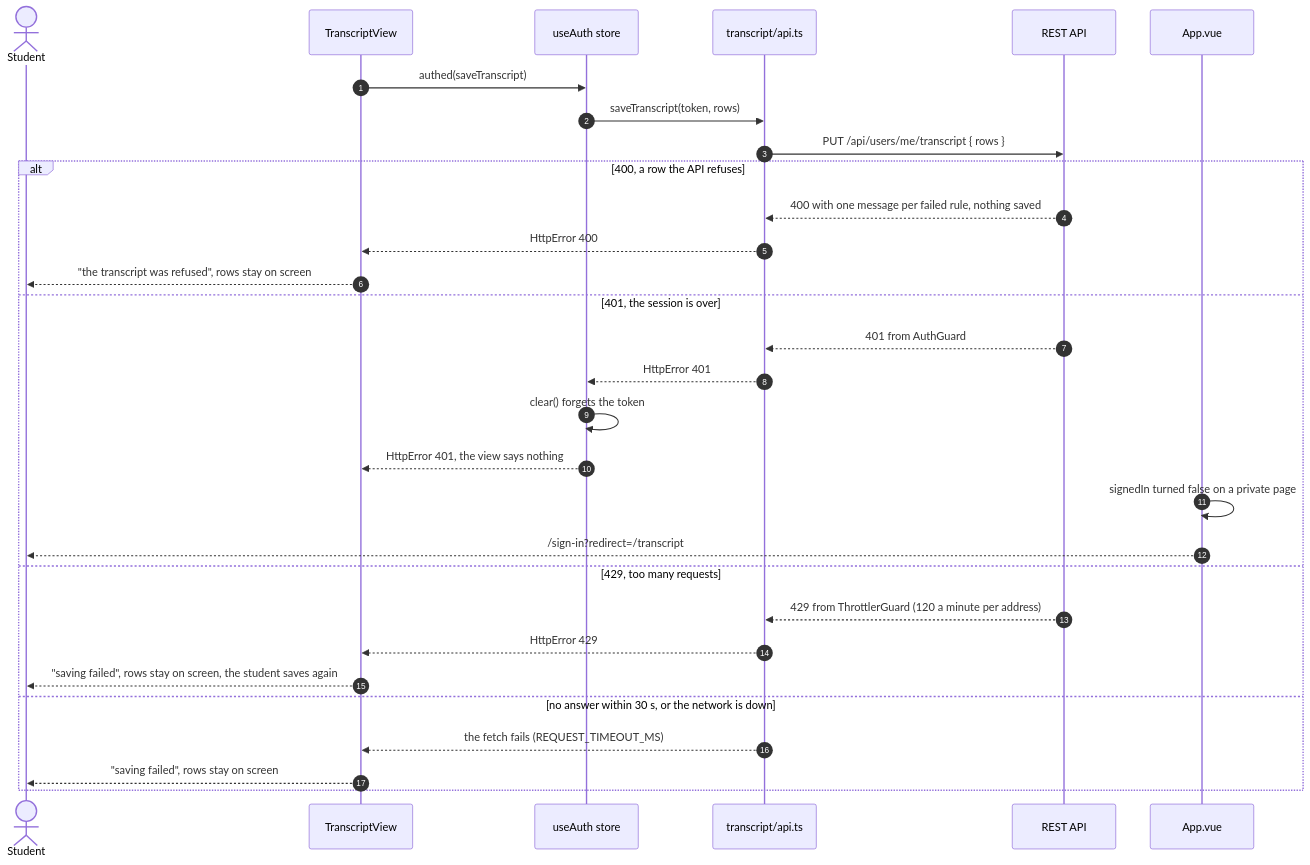
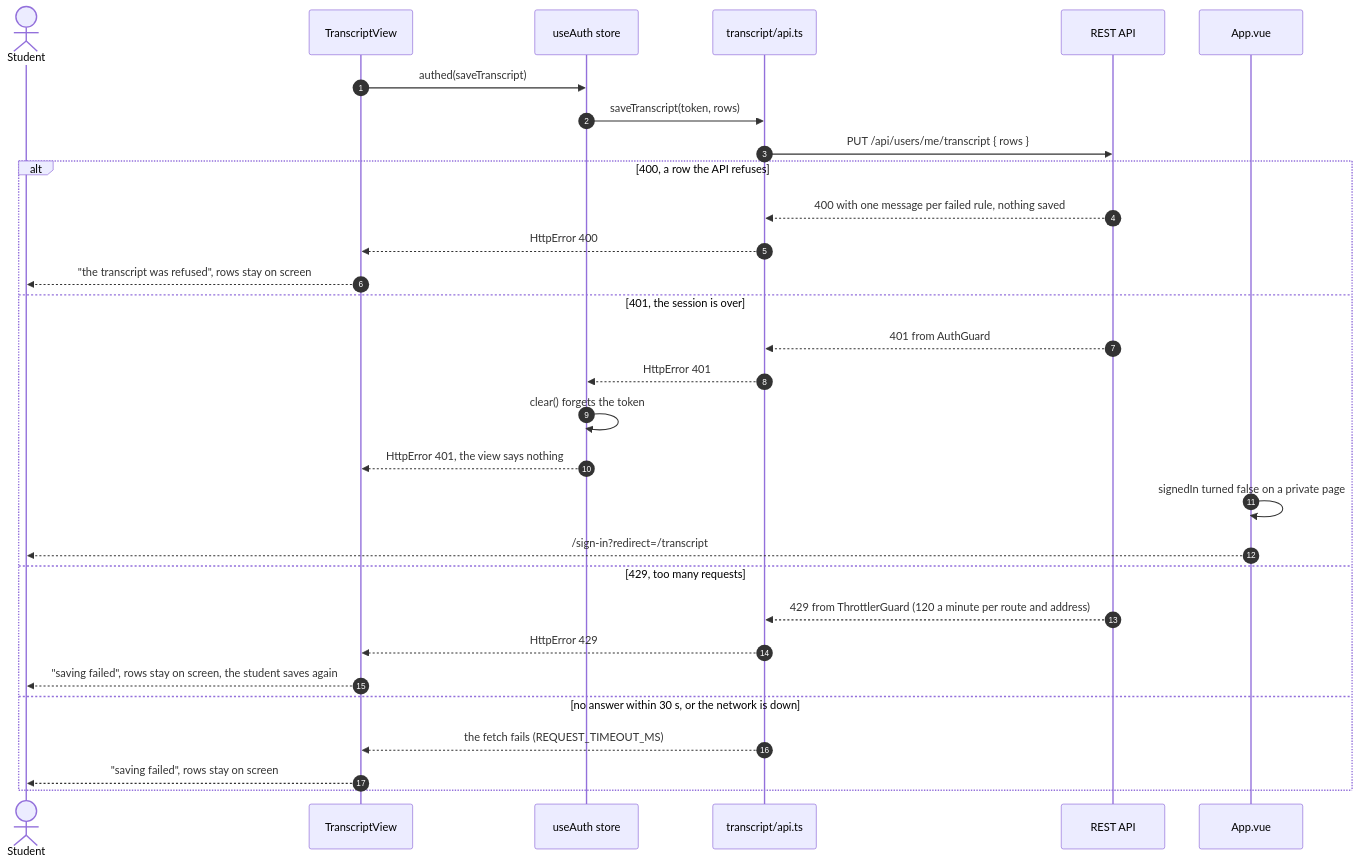
One commit to LLaammTTeerr/omnicourses changed the third of 3 diagrams in docs/analysis-and-design/sequence-diagrams/UC-02-import-transcript.md. Above: the diagram before and after it, drawn with Mermaid. The commit also changed 7 other files, not shown here.

Commit message:
docs(test): word the rate limit as per route and pin it for placements

````diff
--- a/docs/analysis-and-design/sequence-diagrams/UC-02-import-transcript.md
+++ b/docs/analysis-and-design/sequence-diagrams/UC-02-import-transcript.md
@@ -92,33 +92,33 @@
 ```mermaid
 sequenceDiagram
     autonumber
     actor Student
     participant View as TranscriptView
     participant Auth as useAuth store
     participant Api as transcript/api.ts
     participant API as REST API
     participant App as App.vue
 
     View->>Auth: authed(saveTranscript)
     Auth->>Api: saveTranscript(token, rows)
     Api->>API: PUT /api/users/me/transcript { rows }
     alt 400, a row the API refuses
         API-->>Api: 400 with one message per failed rule, nothing saved
         Api-->>View: HttpError 400
         View-->>Student: "the transcript was refused", rows stay on screen
     else 401, the session is over
         API-->>Api: 401 from AuthGuard
         Api-->>Auth: HttpError 401
         Auth->>Auth: clear() forgets the token
         Auth-->>View: HttpError 401, the view says nothing
         App->>App: signedIn turned false on a private page
         App-->>Student: /sign-in?redirect=/transcript
     else 429, too many requests
-        API-->>Api: 429 from ThrottlerGuard (120 a minute per address)
+        API-->>Api: 429 from ThrottlerGuard (120 a minute per route and address)
         Api-->>View: HttpError 429
         View-->>Student: "saving failed", rows stay on screen, the student saves again
     else no answer within 30 s, or the network is down
         Api-->>View: the fetch fails (REQUEST_TIMEOUT_MS)
         View-->>Student: "saving failed", rows stay on screen
     end
 ```
````
